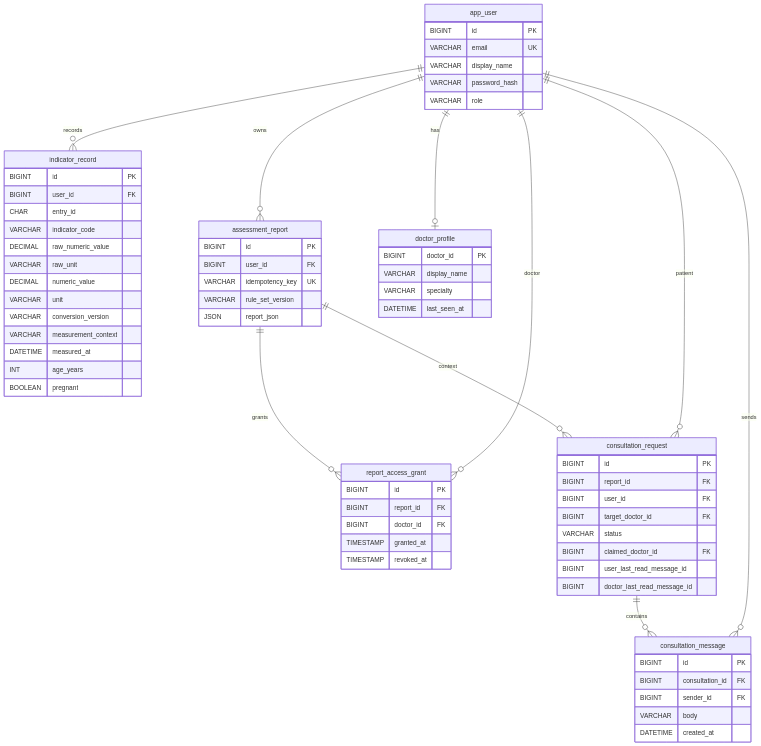
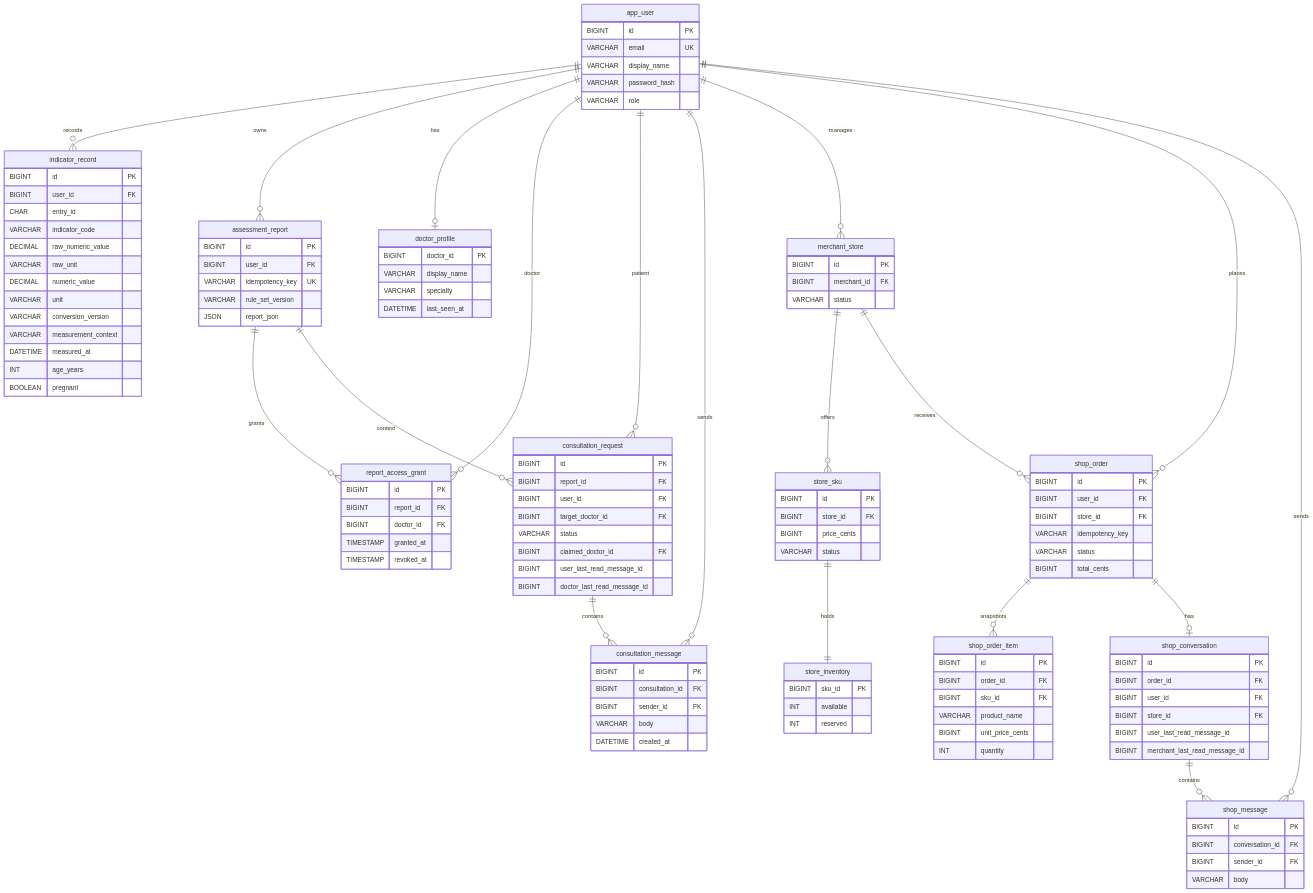
The diagram in docs/database-design.md (mxxx-account/JWZZ), drawn with Mermaid before and after one commit. The commit also changed other lines of this file and 26 other files, not shown here.

Commit message:
feat(shop): add isolated order messaging and load verification

````diff
--- a/docs/database-design.md
+++ b/docs/database-design.md
@@ -13,6 +13,15 @@
   app_user ||--o{ consultation_request : patient
   consultation_request ||--o{ consultation_message : contains
   app_user ||--o{ consultation_message : sends
+  app_user ||--o{ merchant_store : manages
+  merchant_store ||--o{ store_sku : offers
+  store_sku ||--|| store_inventory : holds
+  app_user ||--o{ shop_order : places
+  merchant_store ||--o{ shop_order : receives
+  shop_order ||--o{ shop_order_item : snapshots
+  shop_order ||--o| shop_conversation : has
+  shop_conversation ||--o{ shop_message : contains
+  app_user ||--o{ shop_message : sends
 
   app_user {
     BIGINT id PK
@@ -73,4 +82,50 @@
     VARCHAR body
     DATETIME created_at
   }
+  merchant_store {
+    BIGINT id PK
+    BIGINT merchant_id FK
+    VARCHAR status
+  }
+  store_sku {
+    BIGINT id PK
+    BIGINT store_id FK
+    BIGINT price_cents
+    VARCHAR status
+  }
+  store_inventory {
+    BIGINT sku_id PK
+    INT available
+    INT reserved
+  }
+  shop_order {
+    BIGINT id PK
+    BIGINT user_id FK
+    BIGINT store_id FK
+    VARCHAR idempotency_key
+    VARCHAR status
+    BIGINT total_cents
+  }
+  shop_order_item {
+    BIGINT id PK
+    BIGINT order_id FK
+    BIGINT sku_id FK
+    VARCHAR product_name
+    BIGINT unit_price_cents
+    INT quantity
+  }
+  shop_conversation {
+    BIGINT id PK
+    BIGINT order_id FK
+    BIGINT user_id FK
+    BIGINT store_id FK
+    BIGINT user_last_read_message_id
+    BIGINT merchant_last_read_message_id
+  }
+  shop_message {
+    BIGINT id PK
+    BIGINT conversation_id FK
+    BIGINT sender_id FK
+    VARCHAR body
+  }
 ```
````
